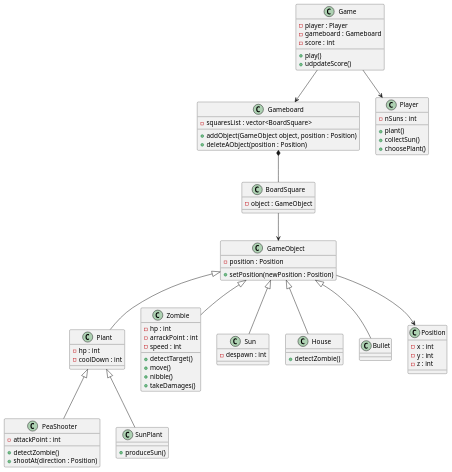
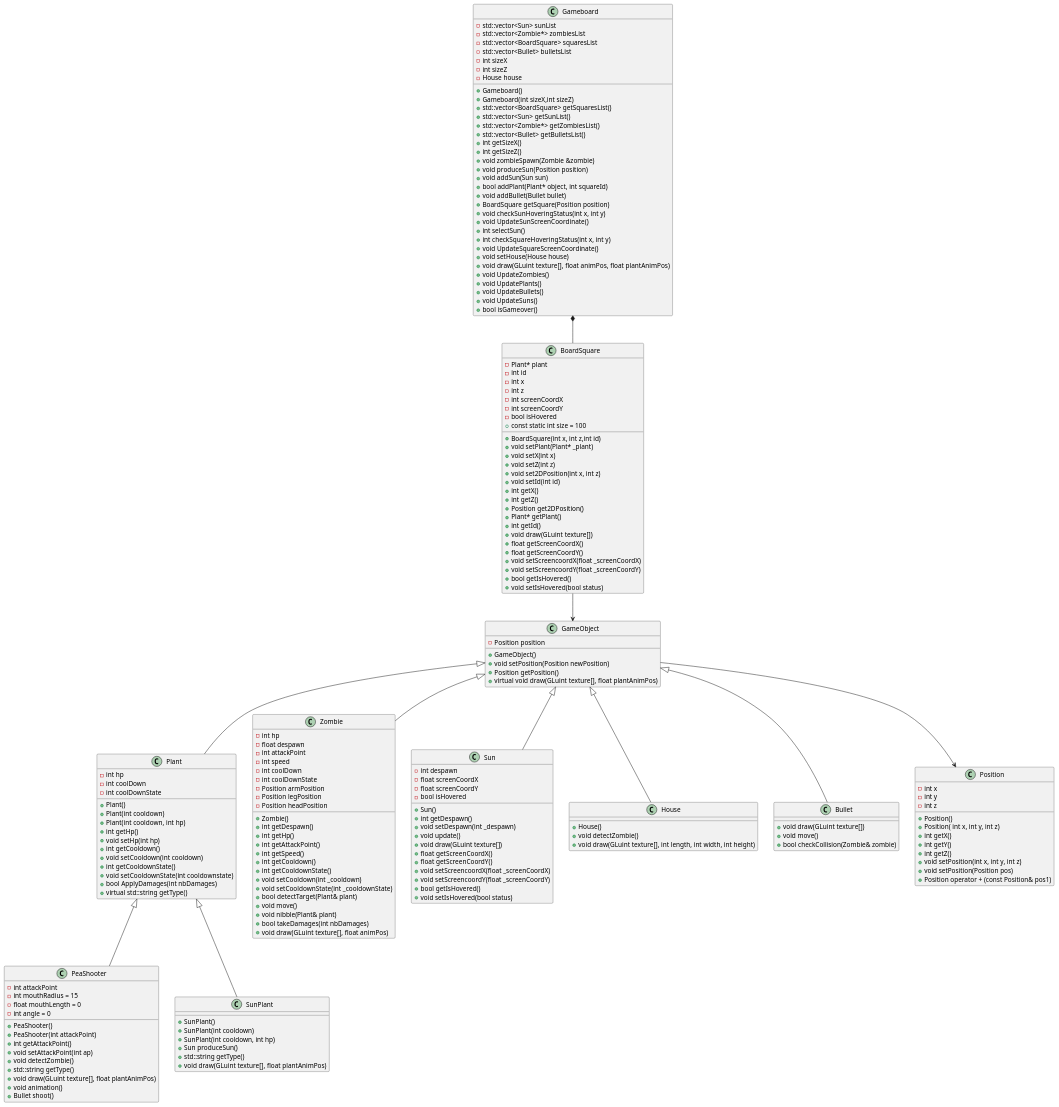
The diagram in UML/classe.pu (lbrunetPlatypus/PlantVsZombies3D), drawn with PlantUML before and after one commit. The commit also changed 5 other files, not shown here.

```diff
--- a/UML/classe.pu
+++ b/UML/classe.pu
@@ -13,89 +13,199 @@
 
 BoardSquare --> GameObject
 
-Game --> Gameboard
-Game --> Player
+class GameObject {
+	- Position position 
 
-class GameObject {
-	- position : Position
-
- 	+ setPosition(newPosition : Position)
+ 	+ GameObject() 
+    + void setPosition(Position newPosition) 
+	+ Position getPosition() 
+	+ virtual void draw(GLuint texture[], float plantAnimPos) 
 }
 
 class Plant {
- 	- hp : int
- 	- coolDown : int
+ 	- int hp 
+    - int coolDown 
+    - int coolDownState 
 
+	+ Plant() 
+    + Plant(int cooldown) 
+    + Plant(int cooldown, int hp) 
+    + int getHp() 
+    + void setHp(int hp) 
+    + int getCooldown() 
+    + void setCooldown(int cooldown) 
+    + int getCooldownState() 
+    + void setCooldownState(int cooldownstate) 
+	+ bool ApplyDamages(int nbDamages) 
+    + virtual std::string getType() 
 }
 
 
 class SunPlant {
 	
-	+ produceSun()
+	+ SunPlant() 
+    + SunPlant(int cooldown) 
+    + SunPlant(int cooldown, int hp) 
+    + Sun produceSun() 
+    + std::string getType() 
+	+ void draw(GLuint texture[], float plantAnimPos) 
 }
 
 
 class PeaShooter {
-	- attackPoint : int
+	- int attackPoint 
+    - int mouthRadius = 15 
+    - float mouthLength = 0 
+    - int angle = 0 
 
-	+ detectZombie()
-	+ shootAt(direction : Position)
+	+ PeaShooter() 
+    + PeaShooter(int attackPoint) 
+    + int getAttackPoint() 
+    + void setAttackPoint(int ap) 
+    + void detectZombie() 
+    + std::string getType() 
+	+ void draw(GLuint texture[], float plantAnimPos) 
+    + void animation() 
+    + Bullet shoot() 
 }
 
 class Position {
-	- x : int
-	- y : int
-	- z : int
+	- int x
+	- int y
+	- int z
+
+	+ Position() 
+	+ Position( int x, int y, int z) 
+	+ int getX() 
+	+ int getY() 
+	+ int getZ() 
+	+ void setPosition(int x, int y, int z) 
+	+ void setPosition(Position pos) 
+	+ Position operator + (const Position& pos1) 
 }
 
 class Zombie {
-	- hp : int
-	- arrackPoint : int
-	- speed : int
+	- int hp 
+    - float despawn 
+    - int attackPoint 
+    - int speed 
+    - int coolDown 
+    - int coolDownState 
+    - Position armPosition
+    - Position legPosition
+    - Position headPosition 
 
-	+ detectTarget()
-	+ move()
-	+ nibble()
-	+ takeDamages()
+	+ Zombie() 
+    + int getDespawn() 
+    + int getHp() 
+    + int getAttackPoint() 
+    + int getSpeed() 
+    + int getCooldown() 
+    + int getCooldownState() 
+    + void setCooldown(int _cooldown) 
+    + void setCooldownState(int _cooldownState) 
+	+ bool detectTarget(Plant& plant) 
+    + void move() 
+	+ void nibble(Plant& plant) 
+    + bool takeDamages(int nbDamages) 
+    + void draw(GLuint texture[], float animPos) 
 }
 
 class House {
-	+ detectZombie()
+	+ House() 
+    + void detectZombie() 
+	+ void draw(GLuint texture[], int length, int width, int height) 
 }
 
 class Sun{
-	- despawn : int
+	- int despawn 
+	- float screenCoordX 
+	- float screenCoordY 
+	- bool isHovered 
+
+	+ Sun() 
+    + int getDespawn() 
+	+ void setDespawn(int _despawn) 
+    + void update() 
+    + void draw(GLuint texture[]) 
+	+ float getScreenCoordX() 
+	+ float getScreenCoordY() 
+	+ void setScreencoordX(float _screenCoordX) 
+	+ void setScreencoordY(float _screenCoordY) 
+	+ bool getIsHovered() 
+	+ void setIsHovered(bool status) 
 }
 
 class Bullet{
-
-}
-
-class Player {
-	- nSuns : int
-
-	+ plant()
-	+ collectSun()
-	+ choosePlant()
+	
+	+ void draw(GLuint texture[]) 
+    + void move() 
+    + bool checkCollision(Zombie& zombie) 
 }
 
 class Gameboard {
-	- squaresList : vector<BoardSquare>
+	- std::vector<Sun> sunList 
+    - std::vector<Zombie*> zombiesList 
+    - std::vector<BoardSquare> squaresList 
+    - std::vector<Bullet> bulletsList 
+	- int sizeX 
+	- int sizeZ 
+	- House house 
 
-	+ addObject(GameObject object, position : Position)
-	+ deleteAObject(position : Position)
-
+	+ Gameboard() 
+	+ Gameboard(int sizeX,int sizeZ) 
+    + std::vector<BoardSquare> getSquaresList() 
+    + std::vector<Sun> getSunList() 
+    + std::vector<Zombie*> getZombiesList() 
+    + std::vector<Bullet> getBulletsList() 
+    + int getSizeX() 
+    + int getSizeZ() 
+    + void zombieSpawn(Zombie &zombie) 
+    + void produceSun(Position position) 
+    + void addSun(Sun sun) 
+	+ bool addPlant(Plant* object, int squareId) 
+    + void addBullet(Bullet bullet) 
+    + BoardSquare getSquare(Position position) 
+	+ void checkSunHoveringStatus(int x, int y) 
+	+ void UpdateSunScreenCoordinate() 
+	+ int selectSun() 
+	+ int checkSquareHoveringStatus(int x, int y) 
+	+ void UpdateSquareScreenCoordinate() 
+	+ void setHouse(House house) 
+    + void draw(GLuint texture[], float animPos, float plantAnimPos) 
+	+ void UpdateZombies() 
+	+ void UpdatePlants() 
+    + void UpdateBullets() 
+    + void UpdateSuns() 
+    + bool isGameover() 
 }
 
 class BoardSquare {
-	- object : GameObject
+	- Plant* plant
+	- int id
+	- int x
+	- int z
+	- int screenCoordX
+	- int screenCoordY
+	- bool isHovered
+	+ const static int size = 100
+
+	+ BoardSquare(int x, int z,int id) 
+    + void setPlant(Plant* _plant) 
+	+ void setX(int x) 
+	+ void setZ(int z) 
+	+ void set2DPosition(int x, int z) 
+	+ void setId(int id) 
+	+ int getX() 
+	+ int getZ() 
+	+ Position get2DPosition() 
+    + Plant* getPlant() 
+	+ int getId() 
+    + void draw(GLuint texture[]) 
+	+ float getScreenCoordX() 
+	+ float getScreenCoordY() 
+	+ void setScreencoordX(float _screenCoordX) 
+	+ void setScreencoordY(float _screenCoordY) 
+	+ bool getIsHovered() 
+	+ void setIsHovered(bool status) 
 }
-
-class Game {
-	- player : Player
-	- gameboard : Gameboard
-	- score : int
-
-	+ play()
-	+ udpdateScore()
-}
```
